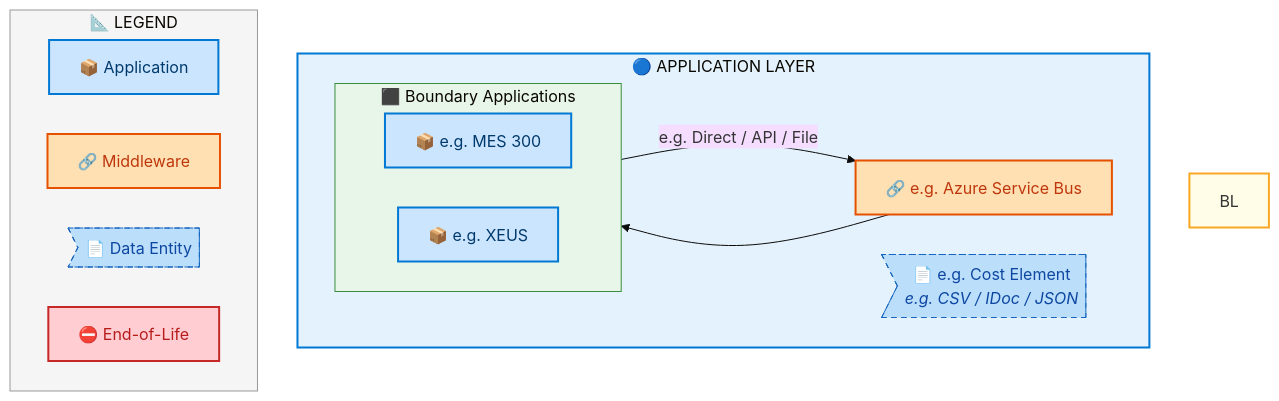
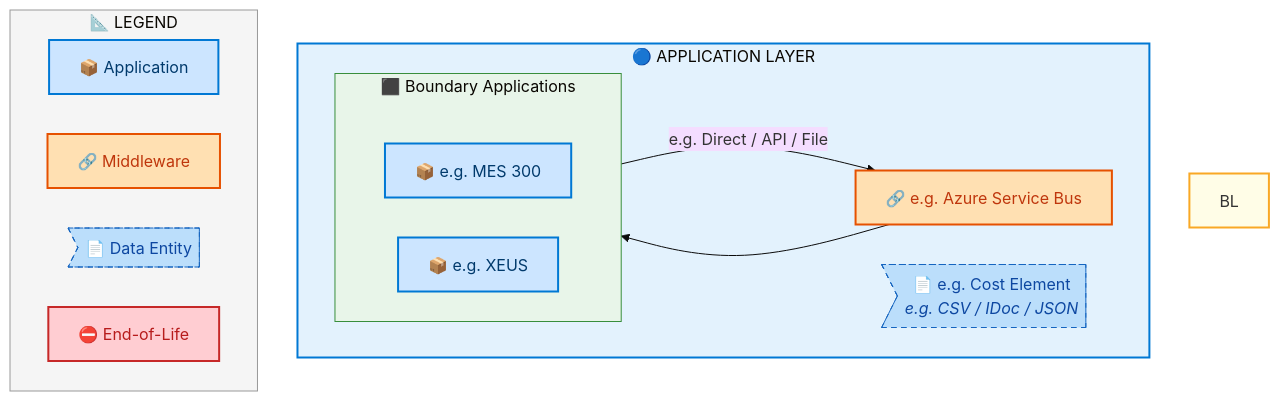
One commit to sajivfrancis777/IAO-Architecture changed diagram 18 of 21 in towers/E2E/Order to Cash/IF_Simplified_PO-SO_Model/output/docs/systems-architecture/IF_Simplified_PO-SO_Model-Architecture.md. Above: the diagram before and after it, drawn with Mermaid. The commit also changed other lines of this file and 250 other files, not shown here.

First line of the commit message:
perf+fix: lazy Mermaid rendering + rank-enforced layer ordering

````diff
--- a/towers/E2E/Order to Cash/IF_Simplified_PO-SO_Model/output/docs/systems-architecture/IF_Simplified_PO-SO_Model-Architecture.md
+++ b/towers/E2E/Order to Cash/IF_Simplified_PO-SO_Model/output/docs/systems-architecture/IF_Simplified_PO-SO_Model-Architecture.md
@@ -2771,42 +2771,44 @@
 ```mermaid
 %%{init: {"theme": "base", "securityLevel": "loose", "themeVariables": {"fontSize": "16px", "fontFamily": "Segoe UI, Arial, sans-serif"}, "flowchart": {"useMaxWidth": false, "htmlLabels": true, "nodeSpacing": 40, "rankSpacing": 50}} }%%
 flowchart TB
     %% -- ArchiMate 3.2 + Azure style classes --
     classDef business      fill:#FFFFB3,stroke:#F9A825,stroke-width:2px,color:#000
     classDef app           fill:#CCE5FF,stroke:#0078D4,stroke-width:2px,color:#003A6C
     classDef data          fill:#BBDEFB,stroke:#1565C0,stroke-width:1px,color:#0D47A1,stroke-dasharray: 5 5
     classDef middleware    fill:#FFE0B2,stroke:#E65100,stroke-width:2px,color:#BF360C
     classDef eol           fill:#FFCDD2,stroke:#C62828,stroke-width:2px,color:#B71C1C
     classDef saas          fill:#E1BEE7,stroke:#7B1FA2,stroke-width:2px,color:#4A148C
     classDef cloud         fill:#BBDEFB,stroke:#1565C0,stroke-width:2px,color:#0D47A1
     classDef onprem        fill:#C8E6C9,stroke:#2E7D32,stroke-width:2px,color:#1B5E20
+    classDef rankAnchor    width:0px,height:0px,padding:0px,margin:0px,fill:none,stroke:none
 
     subgraph AL["🔵 APPLICATION LAYER"]
         direction LR
         subgraph IF_Simplified_POSO_ModelCLN_Boundary_Applications[" ⬛ Boundary Applications"]
             direction LR
+            IF_Simplified_POSO_ModelC_ALRANK_0[ ]:::rankAnchor
             IF_Simplified_POSO_ModelC_e_g_MES_300["📦 e.g. MES 300"]:::app
             IF_Simplified_POSO_ModelC_e_g_XEUS["📦 e.g. XEUS"]:::app
         end
         IF_Simplified_POSO_ModelCMW_e_g_Azure_Service_Bus["🔗 e.g. Azure Service Bus"]:::middleware
         IF_Simplified_POSO_ModelCDE_e_g_Cost_Element>"📄 e.g. Cost Element<br/><i>e.g. CSV / IDoc / JSON</i>"]:::data
     end
 
     IF_Simplified_POSO_ModelC_e_g_MES_300 -->|"e.g. Direct / API / File"| IF_Simplified_POSO_ModelCMW_e_g_Azure_Service_Bus
     IF_Simplified_POSO_ModelCMW_e_g_Azure_Service_Bus --> IF_Simplified_POSO_ModelC_e_g_XEUS
 
 
     style BL fill:#FFFDE7,stroke:#F9A825,stroke-width:2px
     style AL fill:#E3F2FD,stroke:#0078D4,stroke-width:2px
 
     style IF_Simplified_POSO_ModelCLN_Boundary_Applications fill:#E8F5E9,stroke:#388E3C,stroke-width:1px
 
     subgraph Legend["📐 LEGEND"]
         direction LR
         L_APP["📦 Application"]:::app
         L_MW["🔗 Middleware"]:::middleware
         L_DE>"📄 Data Entity"]:::data
         L_EOL["⛔ End-of-Life"]:::eol
     end
     style Legend fill:#F5F5F5,stroke:#999,stroke-width:1px
 ```
````
